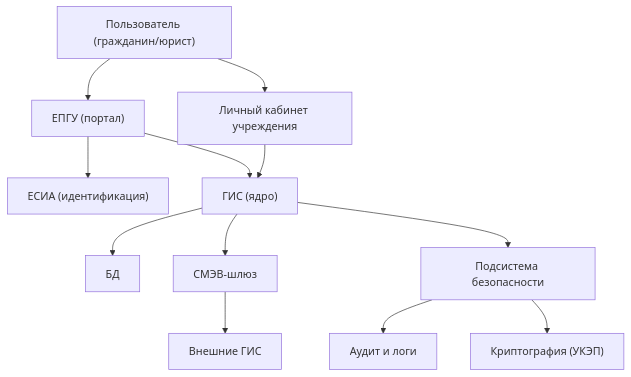
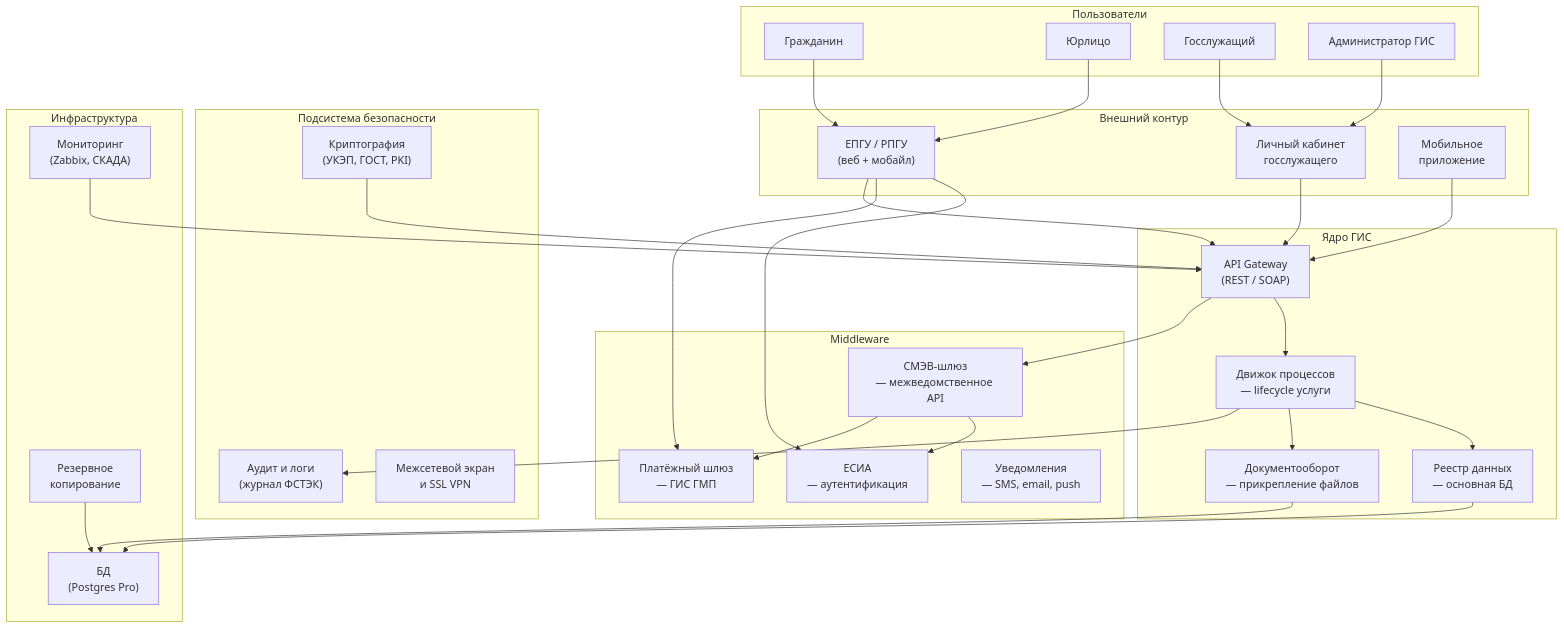
One commit to sergeyodnoval-bot/sysanalyst-kb.github.io changed the first of 2 diagrams in docs/specialization/govtech-gis-architecture.md. Above: the diagram before and after it, drawn with Mermaid. The commit also changed other lines of this file and 13 other files, not shown here.

````diff
--- a/docs/specialization/govtech-gis-architecture.md
+++ b/docs/specialization/govtech-gis-architecture.md
@@ -32,14 +66,69 @@
 ```mermaid
 flowchart TD
-    U["Пользователь (гражданин/юрист)"] --> EPGU["ЕПГУ (портал)"]
-    U --> LC["Личный кабинет учреждения"]
-    EPGU --> ESIA["ЕСИА (идентификация)"]
-    EPGU --> GIS["ГИС (ядро)"]
-    LC --> GIS
-    GIS --> DB["БД"]
-    GIS --> SMEV["СМЭВ-шлюз"]
-    SMEV --> OTHER["Внешние ГИС"]
-    GIS --> SEC["Подсистема безопасности"]
-    SEC --> LOG["Аудит и логи"]
-    SEC --> CRYPTO["Криптография (УКЭП)"]
+    subgraph Users["Пользователи"]
+        CITIZEN["Гражданин"]
+        LEGAL["Юрлицо"]
+        OFFICER["Госслужащий"]
+        ADMIN["Администратор ГИС"]
+    end
+
+    subgraph Frontend["Внешний контур"]
+        EPGU["ЕПГУ / РПГУ<br/>(веб + мобайл)"]
+        LC["Личный кабинет<br/>госслужащего"]
+        MOBILE["Мобильное<br/>приложение"]
+    end
+
+    subgraph Middleware["Middleware"]
+        ESIA["ЕСИА<br/>— аутентификация"]
+        SMEV["СМЭВ-шлюз<br/>— межведомственное API"]
+        PAY["Платёжный шлюз<br/>— ГИС ГМП"]
+        NOTIFY["Уведомления<br/>— SMS, email, push"]
+    end
+
+    subgraph Core["Ядро ГИС"]
+        API["API Gateway<br/>(REST / SOAP)"]
+        WFL["Движок процессов<br/>— lifecycle услуги"]
+        REG["Реестр данных<br/>— основная БД"]
+        DOC["Документооборот<br/>— прикрепление файлов"]
+    end
+
+    subgraph Security["Подсистема безопасности"]
+        AUDIT["Аудит и логи<br/>(журнал ФСТЭК)"]
+        CRYPTO["Криптография<br/>(УКЭП, ГОСТ, PKI)"]
+        ANTI_SSL["Межсетевой экран<br/>и SSL VPN"]
+    end
+
+    subgraph Infra["Инфраструктура"]
+        DB["БД<br/>(Postgres Pro)"]
+        BACKUP["Резервное<br/>копирование"]
+        MONITOR["Мониторинг<br/>(Zabbix, СКАДА)"]
+    end
+
+    CITIZEN --> EPGU
+    LEGAL --> EPGU
+    OFFICER --> LC
+    ADMIN --> LC
+
+    EPGU --> ESIA
+    EPGU --> PAY
+    EPGU --> API
+
+    LC --> API
+    MOBILE --> API
+
+    API --> WFL
+    WFL --> REG
+    WFL --> DOC
+
+    API --> SMEV
+    SMEV --> ESIA
+    SMEV --> PAY
+
+    WFL --> AUDIT
+    CRYPTO --> API
+
+    REG --> DB
+    DOC --> DB
+    BACKUP --> DB
+    MONITOR --> API
 ```
````
